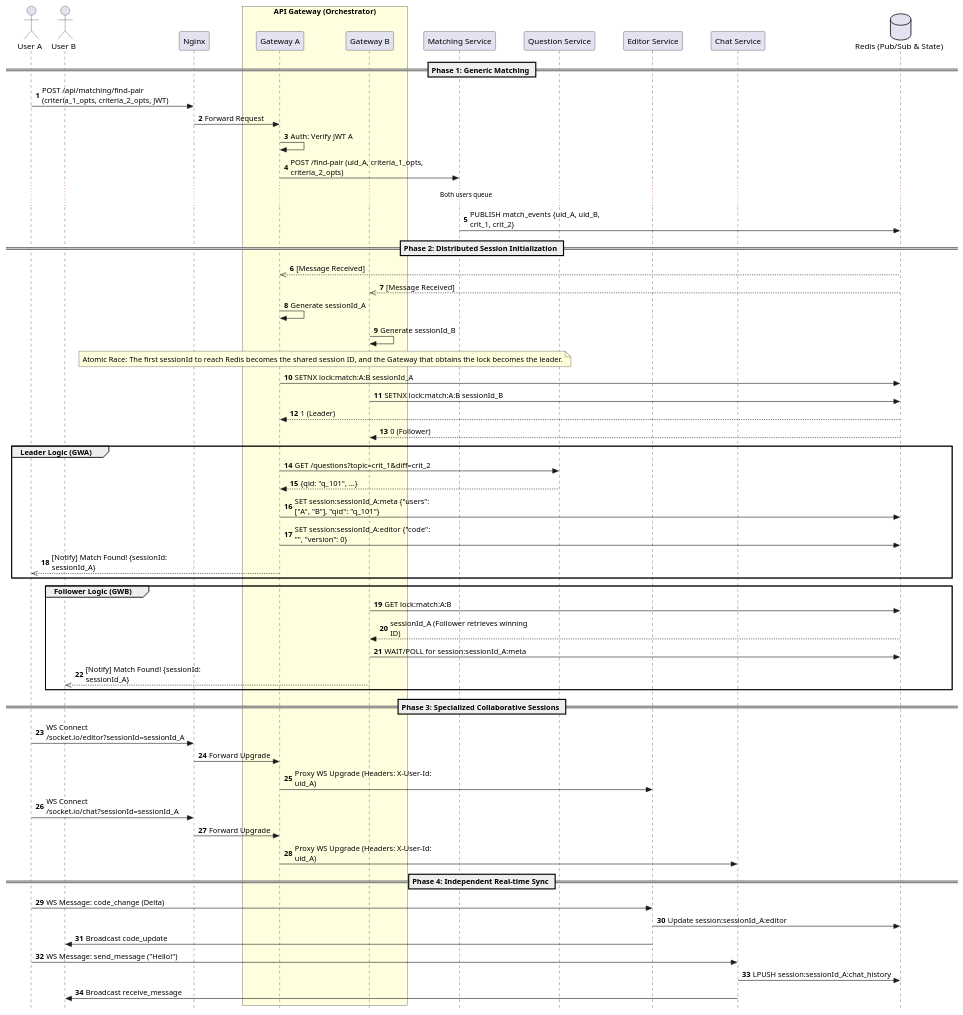
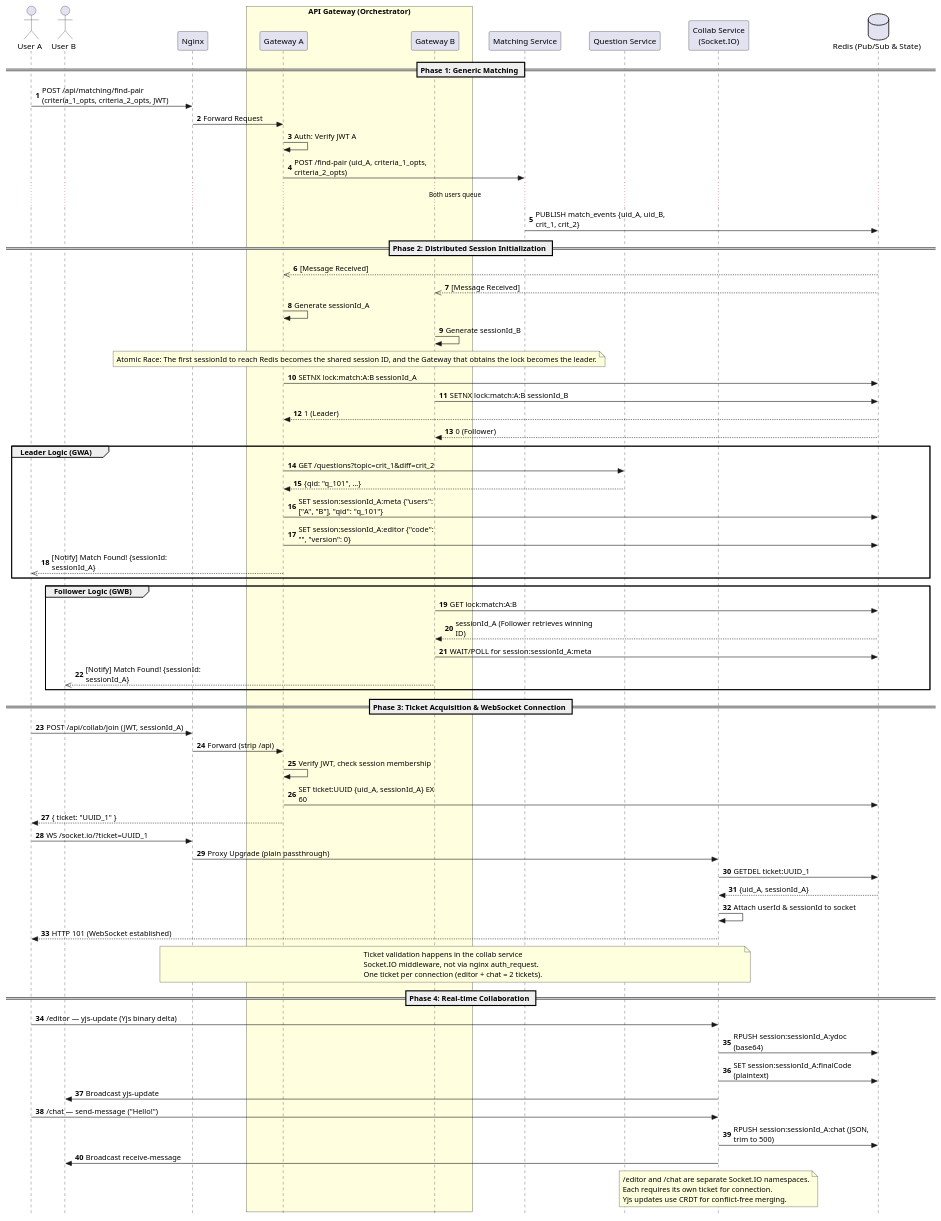
One commit to CS3219-AY2526S2/peerprep-g18 changed the diagram in docs/plantUML/matchToCollab.puml. Above: the diagram before and after it, drawn with PlantUML. The commit also changed 20 other files, not shown here.

Commit message:
Implement Code Editor + Chatbox BE

```diff
--- a/docs/plantUML/matchToCollab.puml
+++ b/docs/plantUML/matchToCollab.puml
@@ -1,81 +1,98 @@
 @startuml
 autonumber
 skinparam Style strictuml
 skinparam MaxMessageSize 250
 skinparam ParticipantPadding 20
 
 actor "User A" as UA
 actor "User B" as UB
 participant "Nginx" as NX
 box "API Gateway (Orchestrator)" #LightYellow
     participant "Gateway A" as GWA
     participant "Gateway B" as GWB
 end box
 participant "Matching Service" as MS
 participant "Question Service" as QS
-participant "Editor Service" as ES
-participant "Chat Service" as CS
+participant "Collab Service\n(Socket.IO)" as Collab
 database "Redis (Pub/Sub & State)" as RD
 
 == Phase 1: Generic Matching ==
 
 UA -> NX: POST /api/matching/find-pair (criteria_1_opts, criteria_2_opts, JWT)
 NX -> GWA: Forward Request
 GWA -> GWA: Auth: Verify JWT A
 GWA -> MS: POST /find-pair (uid_A, criteria_1_opts, criteria_2_opts)
 
 ... Both users queue ...
 
 MS -> RD: PUBLISH match_events {uid_A, uid_B, crit_1, crit_2}
 
 == Phase 2: Distributed Session Initialization ==
 
 RD -->> GWA: [Message Received]
 RD -->> GWB: [Message Received]
 
 GWA -> GWA: Generate sessionId_A
 GWB -> GWB: Generate sessionId_B
 
 note over GWA, GWB: Atomic Race: The first sessionId to reach Redis becomes the shared session ID, and the Gateway that obtains the lock becomes the leader.
 
 GWA -> RD: SETNX lock:match:A:B sessionId_A
 GWB -> RD: SETNX lock:match:A:B sessionId_B
 
 RD --> GWA: 1 (Leader)
 RD --> GWB: 0 (Follower)
 
 group Leader Logic (GWA)
     GWA -> QS: GET /questions?topic=crit_1&diff=crit_2
     QS --> GWA: {qid: "q_101", ...}
     GWA -> RD: SET session:sessionId_A:meta {"users": ["A", "B"], "qid": "q_101"}
     GWA -> RD: SET session:sessionId_A:editor {"code": "", "version": 0}
     GWA -->> UA: [Notify] Match Found! {sessionId: sessionId_A}
 end
 
 group Follower Logic (GWB)
     GWB -> RD: GET lock:match:A:B
     RD --> GWB: sessionId_A (Follower retrieves winning ID)
     GWB -> RD: WAIT/POLL for session:sessionId_A:meta
     GWB -->> UB: [Notify] Match Found! {sessionId: sessionId_A}
 end
 
-== Phase 3: Specialized Collaborative Sessions ==
+== Phase 3: Ticket Acquisition & WebSocket Connection ==
 
-UA -> NX: WS Connect /socket.io/editor?sessionId=sessionId_A
-NX -> GWA: Forward Upgrade
-GWA -> ES: Proxy WS Upgrade (Headers: X-User-Id: uid_A)
+UA -> NX: POST /api/collab/join (JWT, sessionId_A)
+NX -> GWA: Forward (strip /api)
+GWA -> GWA: Verify JWT, check session membership
+GWA -> RD: SET ticket:UUID {uid_A, sessionId_A} EX 60
+GWA --> UA: { ticket: "UUID_1" }
 
-UA -> NX: WS Connect /socket.io/chat?sessionId=sessionId_A
-NX -> GWA: Forward Upgrade
-GWA -> CS: Proxy WS Upgrade (Headers: X-User-Id: uid_A)
+UA -> NX: WS /socket.io/?ticket=UUID_1
+NX -> Collab: Proxy Upgrade (plain passthrough)
+Collab -> RD: GETDEL ticket:UUID_1
+RD --> Collab: {uid_A, sessionId_A}
+Collab -> Collab: Attach userId & sessionId to socket
+Collab --> UA: HTTP 101 (WebSocket established)
 
-== Phase 4: Independent Real-time Sync ==
+note over NX, Collab
+  Ticket validation happens in the collab service
+  Socket.IO middleware, not via nginx auth_request.
+  One ticket per connection (editor + chat = 2 tickets).
+end note
 
-UA -> ES: WS Message: code_change (Delta)
-ES -> RD: Update session:sessionId_A:editor
-ES -> UB: Broadcast code_update
+== Phase 4: Real-time Collaboration ==
 
-UA -> CS: WS Message: send_message ("Hello!")
-CS -> RD: LPUSH session:sessionId_A:chat_history
-CS -> UB: Broadcast receive_message
+UA -> Collab: /editor — yjs-update (Yjs binary delta)
+Collab -> RD: RPUSH session:sessionId_A:ydoc (base64)
+Collab -> RD: SET session:sessionId_A:finalCode (plaintext)
+Collab -> UB: Broadcast yjs-update
+
+UA -> Collab: /chat — send-message ("Hello!")
+Collab -> RD: RPUSH session:sessionId_A:chat (JSON, trim to 500)
+Collab -> UB: Broadcast receive-message
+
+note over Collab
+  /editor and /chat are separate Socket.IO namespaces.
+  Each requires its own ticket for connection.
+  Yjs updates use CRDT for conflict-free merging.
+end note
 @enduml
```
